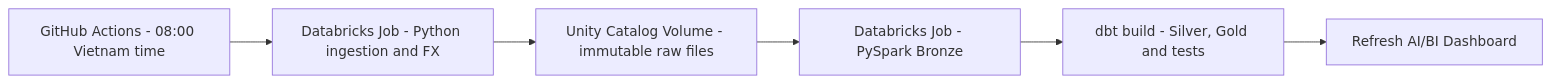
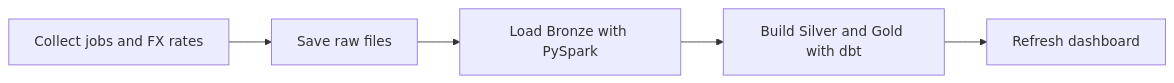
One commit to Tanh2k8-123/tech-jobs-data-pipeline changed the diagram in README.md. Above: the diagram before and after it, drawn with Mermaid. The commit also changed other lines of this file and 8 other files, not shown here.

````diff
--- a/README.md
+++ b/README.md
@@ -16,8 +14,7 @@
 ```mermaid
 flowchart LR
-    A[GitHub Actions - 08:00 Vietnam time] --> B[Databricks Job - Python ingestion and FX]
-    B --> C[Unity Catalog Volume - immutable raw files]
-    C --> D[Databricks Job - PySpark Bronze]
-    D --> E[dbt build - Silver, Gold and tests]
-    E --> F[Refresh AI/BI Dashboard]
+    A[Collect jobs and FX rates] --> B[Save raw files]
+    B --> C[Load Bronze with PySpark]
+    C --> D[Build Silver and Gold with dbt]
+    D --> E[Refresh dashboard]
 ```
````
